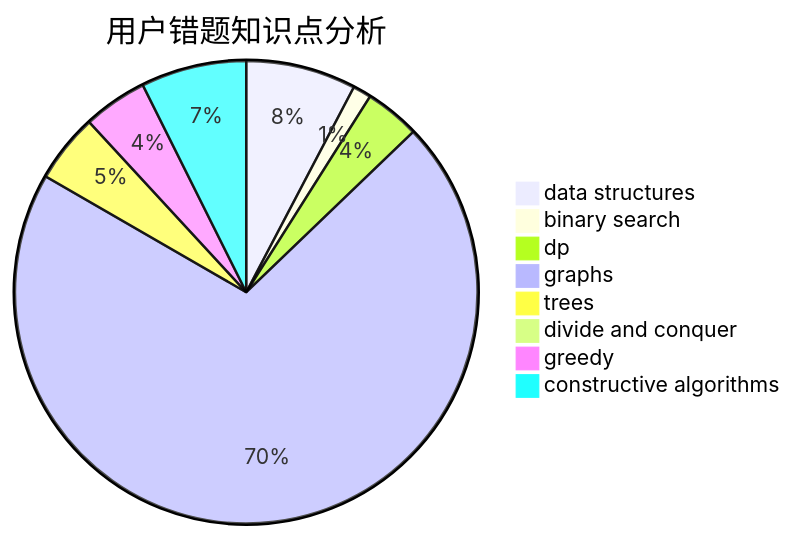
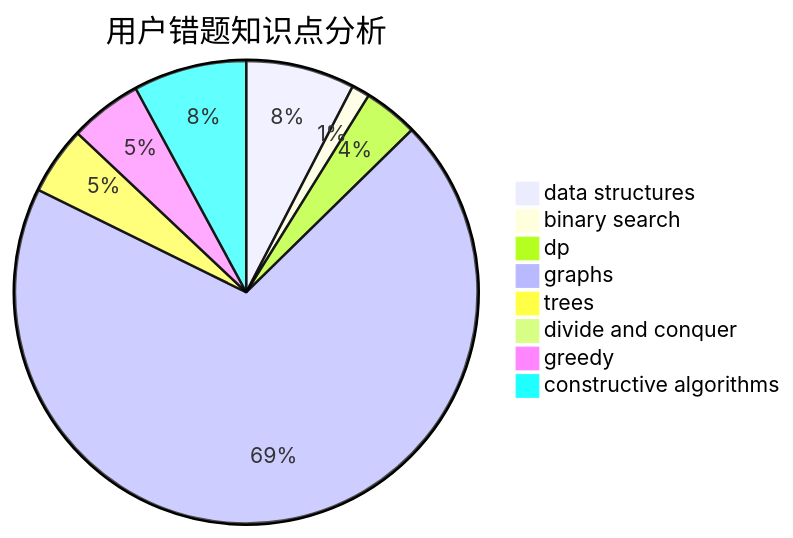
Before and after one commit to sherpahu/cfrs.github.io: the third of 3 diagrams in docs/user/u934.md, drawn with Mermaid. The commit also changed other lines of this file and 2770 other files, not shown here.

````diff
--- a/docs/user/u934.md
+++ b/docs/user/u934.md
@@ -36,11 +36,11 @@
 ```mermaid
 pie title 用户错题知识点分析
     "data structures" :  24
     "binary search" :  4
     "dp" :  12
     "graphs" :  220
     "trees" :  15
     "divide and conquer" :  3
-    "greedy" :  14
-    "constructive algorithms" :  23
+    "greedy" :  16
+    "constructive algorithms" :  25
 ```
````
